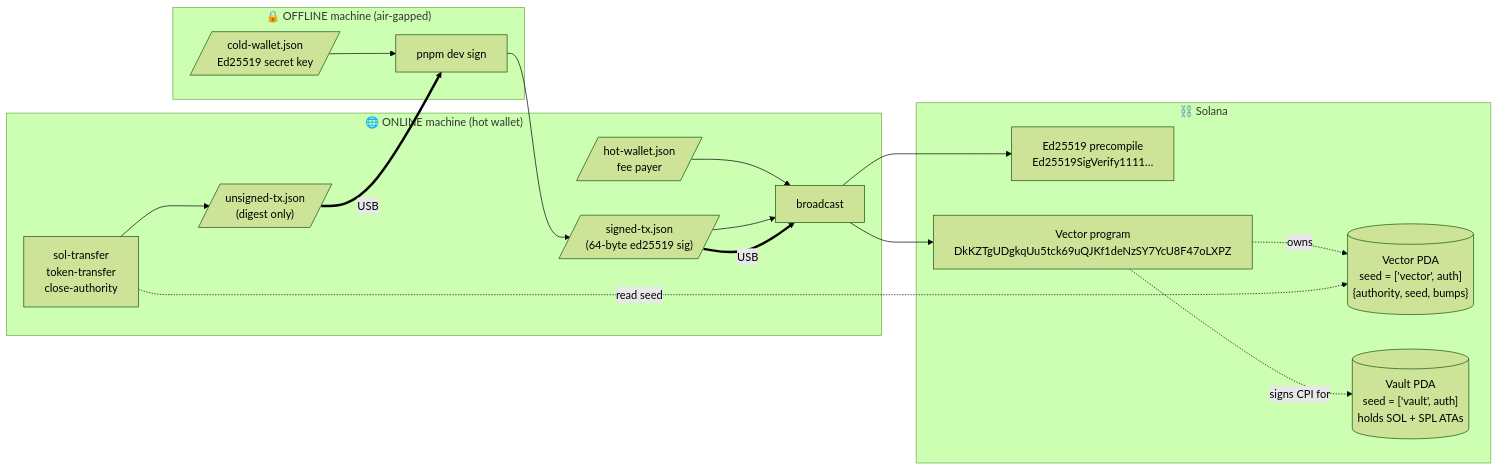
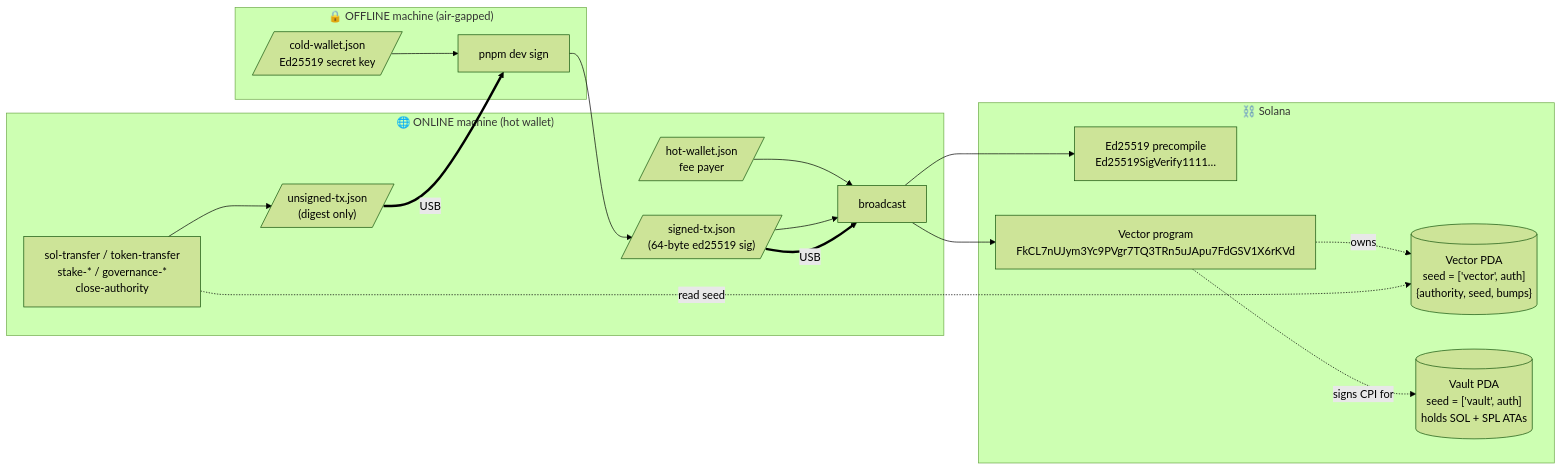
One commit to ChainflowSOL/offline-signing-cli changed the first of 2 diagrams in README.md. Above: the diagram before and after it, drawn with Mermaid (forest theme). The commit also changed other lines of this file, not shown here.

Commit message:
docs: document governance commands, clear signing, and current program ID

````diff
--- a/README.md
+++ b/README.md
@@ -16,33 +16,33 @@
 ```mermaid
 flowchart LR
     subgraph OFFLINE["🔒 OFFLINE machine (air-gapped)"]
         ColdKey[/"cold-wallet.json<br/>Ed25519 secret key"/]
         SignCmd["pnpm dev sign"]
         ColdKey --> SignCmd
     end
 
     subgraph ONLINE["🌐 ONLINE machine (hot wallet)"]
         HotKey[/"hot-wallet.json<br/>fee payer"/]
-        ConstructCmd["sol-transfer<br/>token-transfer<br/>close-authority"]
+        ConstructCmd["sol-transfer / token-transfer<br/>stake-* / governance-*<br/>close-authority"]
         BroadcastCmd["broadcast"]
         HotKey --> BroadcastCmd
         ConstructCmd --> Unsigned[/"unsigned-tx.json<br/>(digest only)"/]
         Signed[/"signed-tx.json<br/>(64-byte ed25519 sig)"/] --> BroadcastCmd
     end
 
     subgraph CHAIN["⛓️ Solana"]
         Precompile["Ed25519 precompile<br/>Ed25519SigVerify1111…"]
-        VectorProg["Vector program<br/>DkKZTgUDgkqUu5tck69uQJKf1deNzSY7YcU8F47oLXPZ"]
+        VectorProg["Vector program<br/>FkCL7nUJym3Yc9PVgr7TQ3TRn5uJApu7FdGSV1X6rKVd"]
         StatePDA[("Vector PDA<br/>seed = ['vector', auth]<br/>{authority, seed, bumps}")]
         VaultPDA[("Vault PDA<br/>seed = ['vault', auth]<br/>holds SOL + SPL ATAs")]
         VectorProg -.owns.-> StatePDA
         VectorProg -.signs CPI for.-> VaultPDA
     end
 
     Unsigned ==USB==> SignCmd
     SignCmd --> Signed
     Signed ==USB==> BroadcastCmd
     BroadcastCmd --> Precompile
     BroadcastCmd --> VectorProg
     ConstructCmd -.read seed.-> StatePDA
 ```
````
